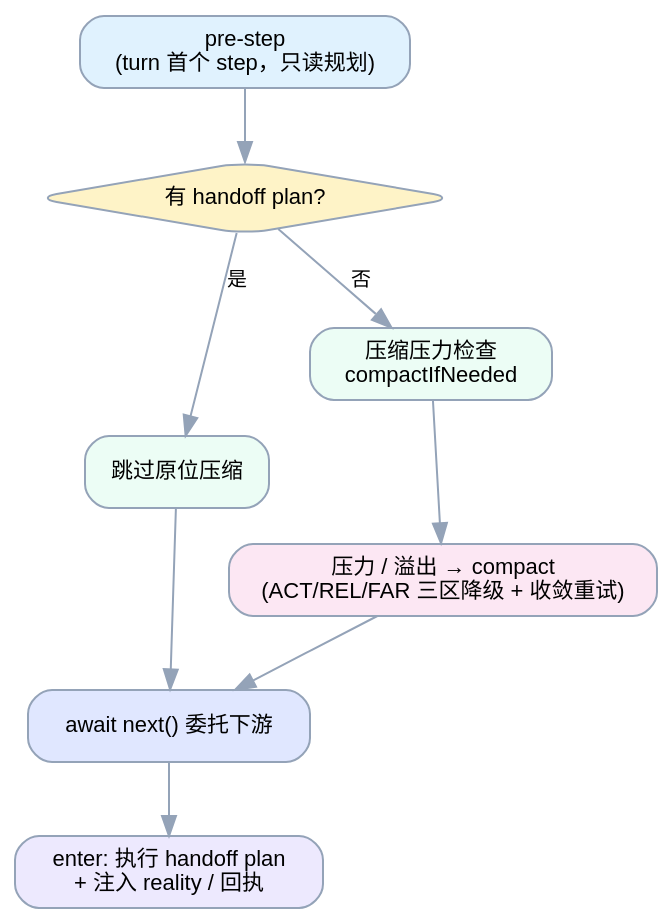
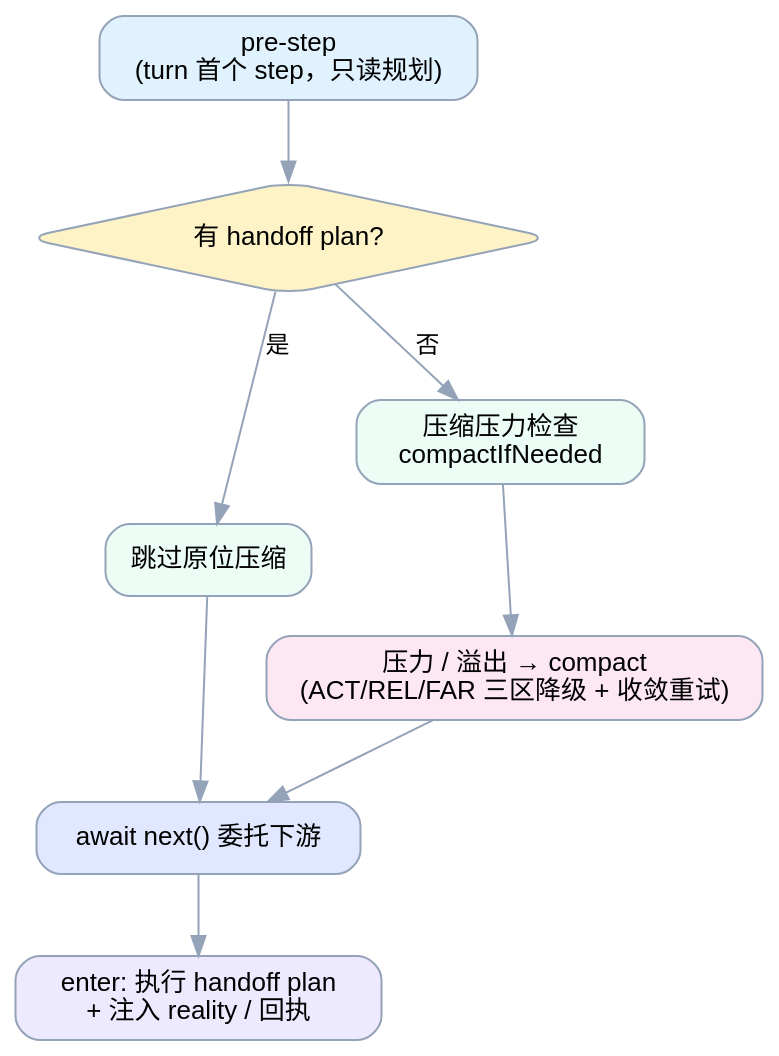
The diagram in docs/images/src/pipeline.dot (i1j/context-assembler-DSH), drawn with Graphviz before and after one commit. The commit also changed 7 other files, not shown here.

First line of the commit message:
docs: 框图改竖版 + 文字与正文适配

```diff
--- a/docs/images/src/pipeline.dot
+++ b/docs/images/src/pipeline.dot
@@ -1,20 +1,20 @@
 digraph pipeline {
   rankdir=TB;
-  graph [fontname="Helvetica", bgcolor="transparent", pad="0.25", nodesep="0.45", ranksep="0.5"];
-  node [shape=box, style="rounded,filled", color="#94a3b8", fontname="Helvetica", fontsize=11, margin="0.16,0.09"];
-  edge [color="#94a3b8", fontname="Helvetica", fontsize=10];
+  graph [fontname="Helvetica", bgcolor="transparent", pad="0.25", nodesep="0.5", ranksep="0.55"];
+  node [shape=box, style="rounded,filled", color="#94a3b8", fontname="Helvetica", fontsize=13, margin="0.18,0.10"];
+  edge [color="#94a3b8", fontname="Helvetica", fontsize=12];
   start [label="pre-step\n(turn 首个 step，只读规划)", fillcolor="#e0f2fe"];
-  decision [shape=diamond, label="有 handoff plan?", fillcolor="#fef3c7", fontsize=11];
+  decision [shape=diamond, label="有 handoff plan?", fillcolor="#fef3c7", fontsize=13];
   skip [label="跳过原位压缩", fillcolor="#ecfdf5"];
   press [label="压缩压力检查\ncompactIfNeeded", fillcolor="#ecfdf5"];
   compact [label="压力 / 溢出 → compact\n(ACT/REL/FAR 三区降级 + 收敛重试)", fillcolor="#fce7f3"];
   next [label="await next() 委托下游", fillcolor="#e0e7ff"];
   enter [label="enter: 执行 handoff plan\n+ 注入 reality / 回执", fillcolor="#ede9fe"];
   start -> decision;
   decision -> skip [label="是"];
   decision -> press [label="否"];
   press -> compact;
   compact -> next;
   skip -> next;
   next -> enter;
 }
```
